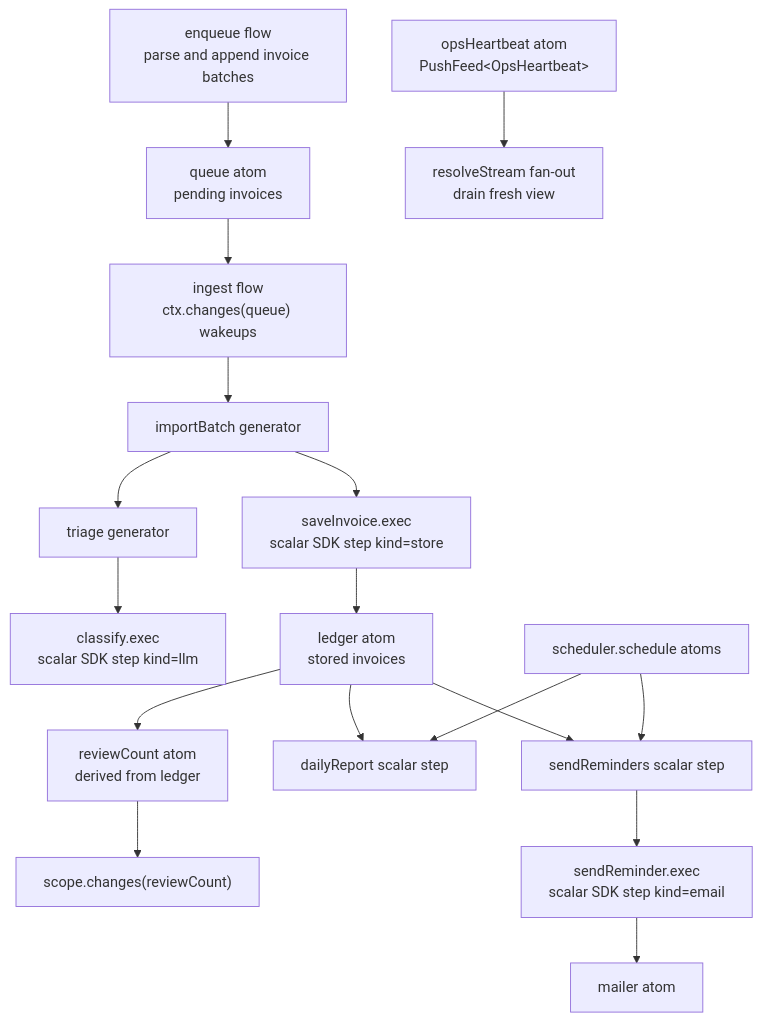
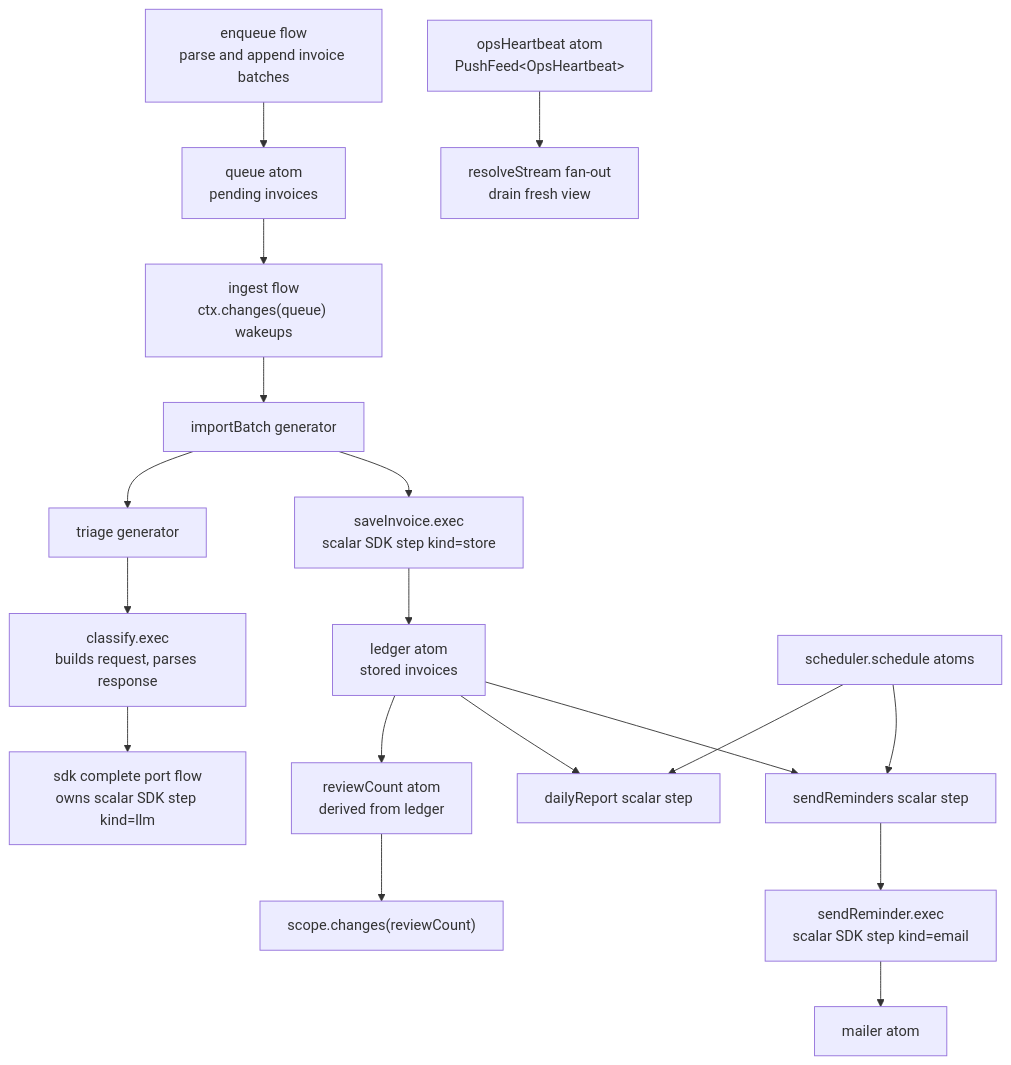
Before and after one commit to pumped-fn/pumped-fn: the diagram in examples/invoice-triage/README.md, drawn with Mermaid. The commit also changed other lines of this file and 12 other files, not shown here.

First line of the commit message:
feat(sdk): complete port flow owns the llm span; implementors are flows

````diff
--- a/examples/invoice-triage/README.md
+++ b/examples/invoice-triage/README.md
@@ -18,19 +18,20 @@
 ```mermaid
 flowchart TD
   Producer["enqueue flow<br/>parse and append invoice batches"] --> Queue["queue atom<br/>pending invoices"]
   Queue --> Ingest["ingest flow<br/>ctx.changes(queue) wakeups"]
   Ingest --> Import["importBatch generator"]
   Import --> Triage["triage generator"]
-  Triage --> Classify["classify.exec<br/>scalar SDK step kind=llm"]
+  Triage --> Classify["classify.exec<br/>builds request, parses response"]
+  Classify --> Complete["sdk complete port flow<br/>owns scalar SDK step kind=llm"]
   Import --> Save["saveInvoice.exec<br/>scalar SDK step kind=store"]
   Save --> Ledger["ledger atom<br/>stored invoices"]
   Ledger --> Review["reviewCount atom<br/>derived from ledger"]
   Review --> Ops["scope.changes(reviewCount)"]
   Heartbeat["opsHeartbeat atom<br/>PushFeed&lt;OpsHeartbeat&gt;"] --> Views["resolveStream fan-out<br/>drain fresh view"]
   Scheduler["scheduler.schedule atoms"] --> Report["dailyReport scalar step"]
   Scheduler --> Reminders["sendReminders scalar step"]
   Reminders --> SendOne["sendReminder.exec<br/>scalar SDK step kind=email"]
   SendOne --> Mailer["mailer atom"]
   Ledger --> Report
   Ledger --> Reminders
 ```
````
